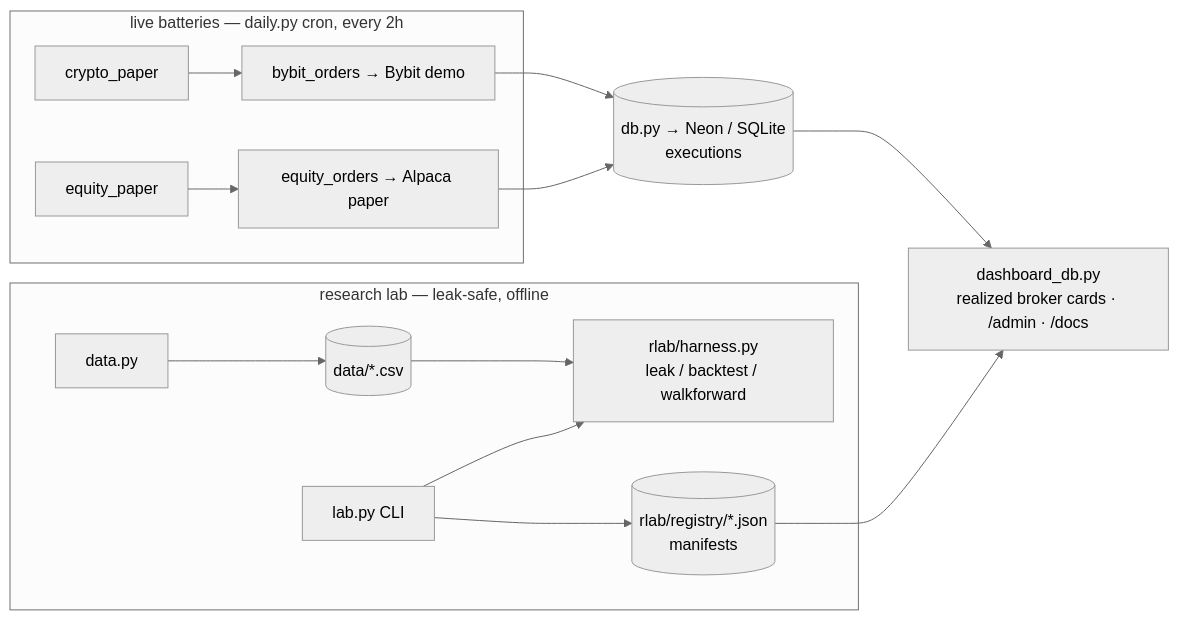
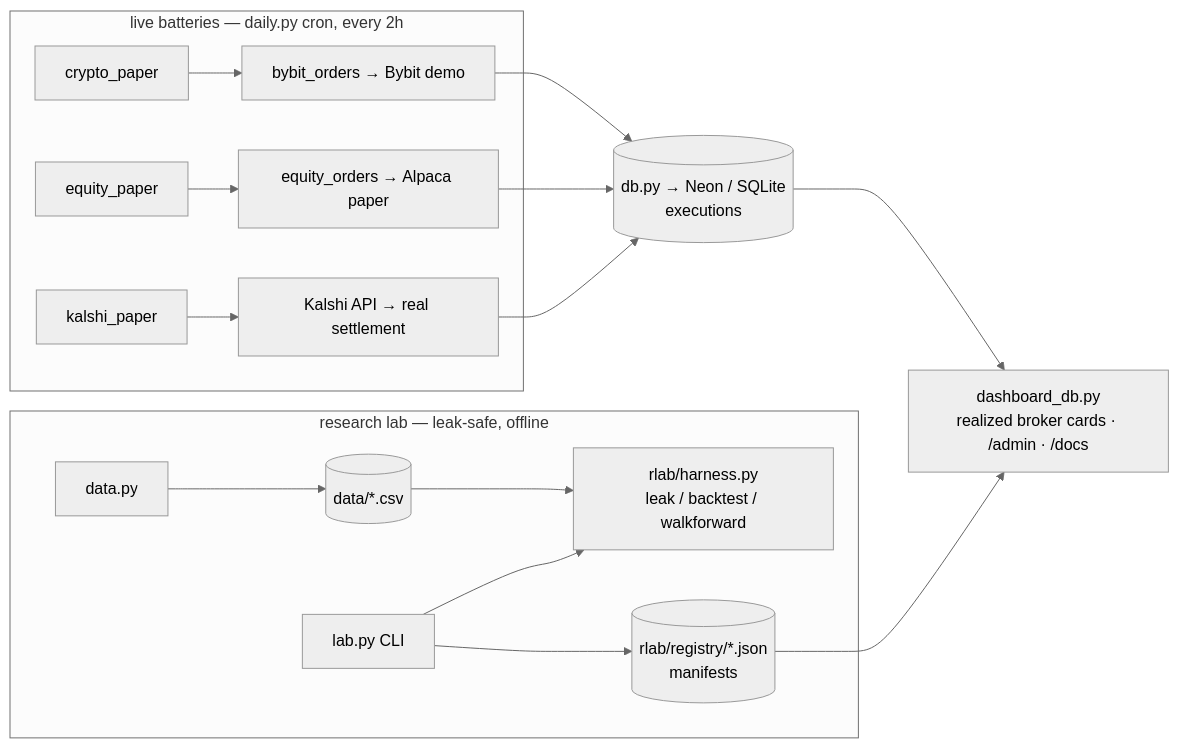
Before and after one commit to jacesabr/trading_service: the second of 2 diagrams in daily_run.md, drawn with Mermaid (neutral theme). The commit also changed other lines of this file and 9 other files, not shown here.

First line of the commit message:
Add Kalshi (real-API settlement model); one gap strategy only

````diff
--- a/daily_run.md
+++ b/daily_run.md
@@ -125,17 +125,19 @@
 ```mermaid
 flowchart LR
     subgraph research [research lab — leak-safe, offline]
         DT[data.py] --> CSV[(data/*.csv)]
         CSV --> H[rlab/harness.py<br/>leak / backtest / walkforward]
         L[lab.py CLI] --> H
         L --> R[(rlab/registry/*.json<br/>manifests)]
     end
     subgraph live [live batteries — daily.py cron, every 2h]
         CP[crypto_paper] --> BY[bybit_orders → Bybit demo]
         EP[equity_paper] --> AL[equity_orders → Alpaca paper]
+        KP[kalshi_paper] --> KA[Kalshi API → real settlement]
     end
     BY --> DB[(db.py → Neon / SQLite<br/>executions)]
     AL --> DB
+    KA --> DB
     DB --> DASH[dashboard_db.py<br/>realized broker cards · /admin · /docs]
     R --> DASH
 ```
````
